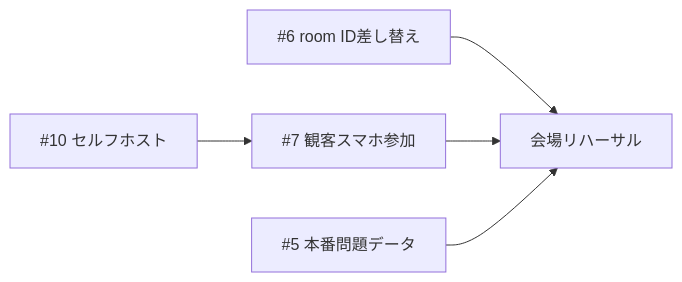
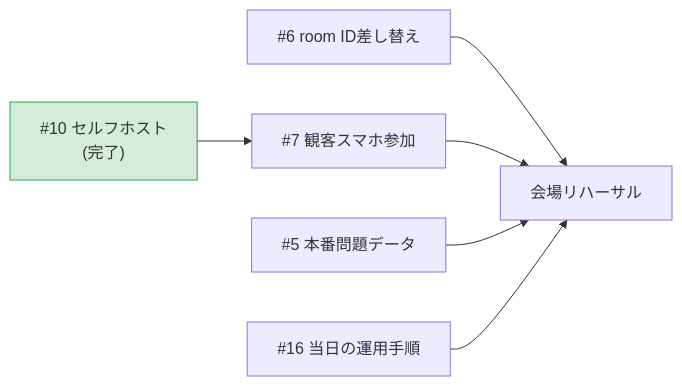
One commit to suzuka-kosen-festa/snctfes2026-suzuleague changed the diagram in docs/status.md. Above: the diagram before and after it, drawn with Mermaid. The commit also changed other lines of this file and 2 other files, not shown here.

````diff
--- a/docs/status.md
+++ b/docs/status.md
@@ -93,7 +92,9 @@
 ```mermaid
 flowchart LR
-    i10["#10 セルフホスト"] --> i7["#7 観客スマホ参加"]
+    i10["#10 セルフホスト<br>(完了)"] --> i7["#7 観客スマホ参加"]
     i6["#6 room ID差し替え"] --> reh["会場リハーサル"]
     i7 --> reh
     i5["#5 本番問題データ"] --> reh
+    i16["#16 当日の運用手順"] --> reh
+    style i10 fill:#d4edda,stroke:#28a745
 ```
````
